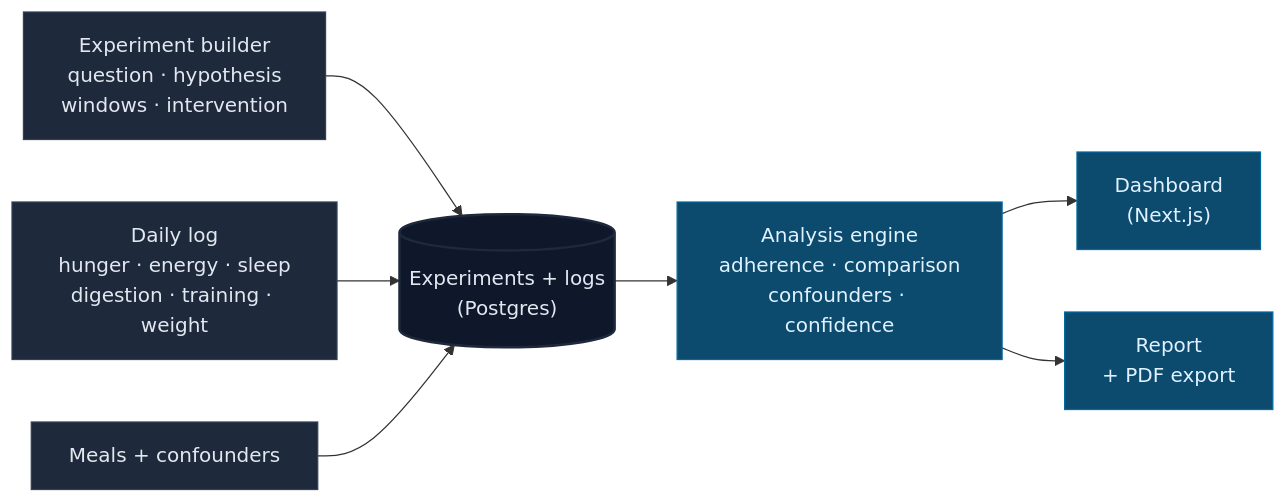
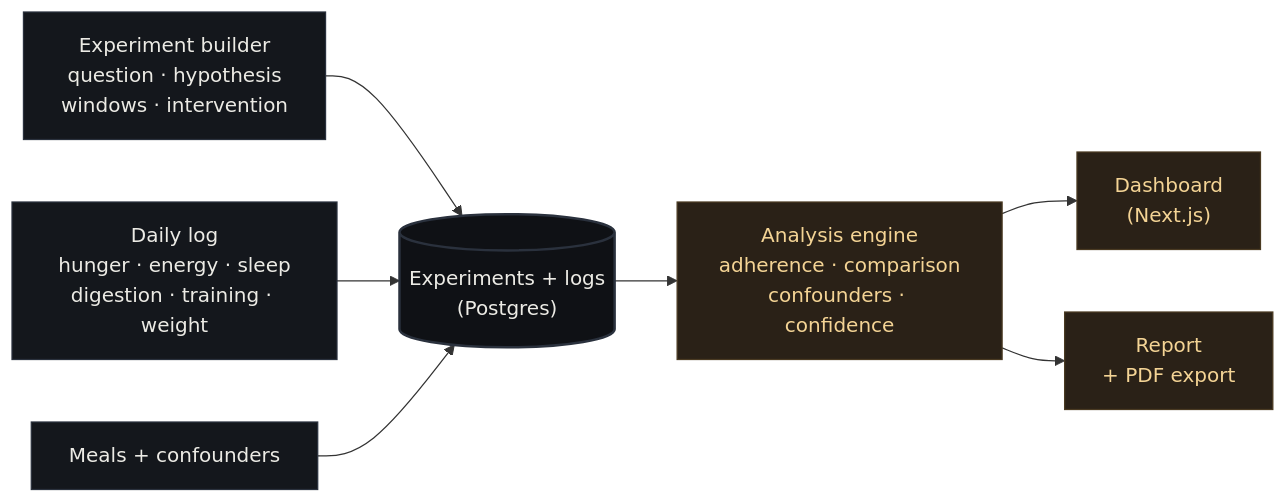
The diagram in README.md (Conalh/nutrition-experiment-lab), drawn with Mermaid before and after one commit. The commit also changed other lines of this file, not shown here.

````diff
--- a/README.md
+++ b/README.md
@@ -16,16 +16,16 @@
 ```mermaid
 flowchart LR
     Builder["Experiment builder<br/>question · hypothesis<br/>windows · intervention"] --> DB
     Log["Daily log<br/>hunger · energy · sleep<br/>digestion · training · weight"] --> DB
     Meals["Meals + confounders"] --> DB
     DB[("Experiments + logs<br/>(Postgres)")] --> Engine
     Engine["Analysis engine<br/>adherence · comparison<br/>confounders · confidence"] --> Dashboard["Dashboard<br/>(Next.js)"]
     Engine --> PDF["Report<br/>+ PDF export"]
 
-    classDef box fill:#1e293b,stroke:#334155,color:#e2e8f0
-    classDef store fill:#0f172a,stroke:#1e293b,color:#e2e8f0,stroke-width:2px
-    classDef out fill:#0c4a6e,stroke:#0369a1,color:#e0f2fe
+    classDef box fill:#14171c,stroke:#2a313d,color:#ecebe5
+    classDef store fill:#0f1115,stroke:#2a313d,color:#ecebe5,stroke-width:2px
+    classDef out fill:#2a2117,stroke:#4a3a22,color:#f4d495
     class Builder,Log,Meals box
     class DB store
     class Engine,Dashboard,PDF out
 ```
````
